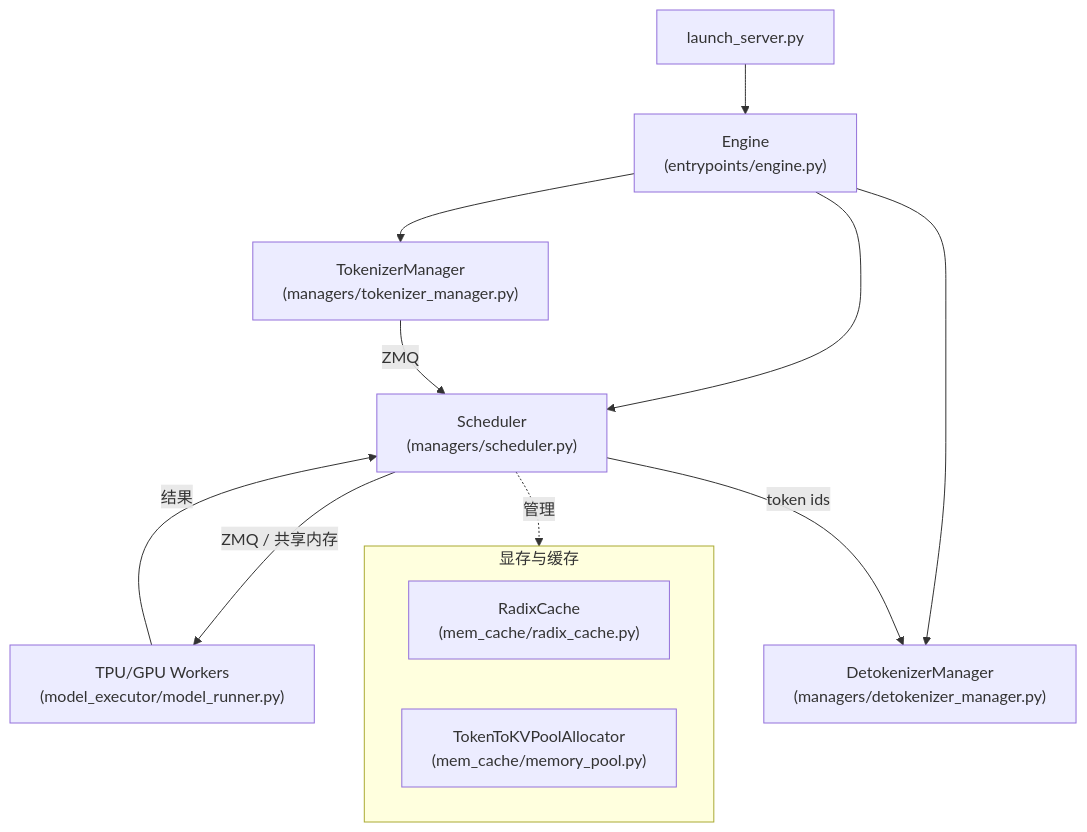
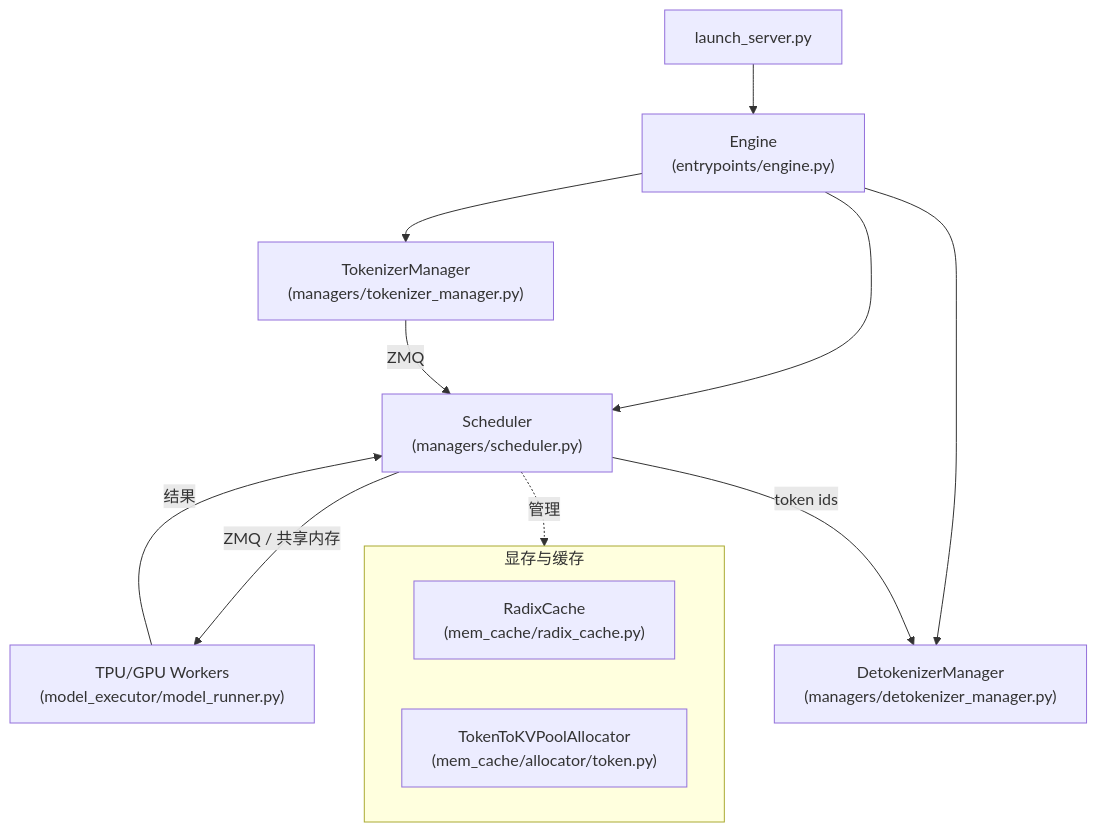
One commit to KimmoZAG/sglangReading changed the diagram in docs/architecture/directory-map.md. Above: the diagram before and after it, drawn with Mermaid. The commit also changed other lines of this file and 12 other files, not shown here.

````diff
--- a/docs/architecture/directory-map.md
+++ b/docs/architecture/directory-map.md
@@ -33,16 +33,16 @@
 ```mermaid
 graph TD
     CLI["launch_server.py"] --> Engine["Engine<br/>(entrypoints/engine.py)"]
     Engine --> TM["TokenizerManager<br/>(managers/tokenizer_manager.py)"]
     Engine --> SCH["Scheduler<br/>(managers/scheduler.py)"]
     Engine --> DTM["DetokenizerManager<br/>(managers/detokenizer_manager.py)"]
     SCH -->|"ZMQ / 共享内存"| WORKERS["TPU/GPU Workers<br/>(model_executor/model_runner.py)"]
     TM -->|"ZMQ"| SCH
     WORKERS -->|"结果"| SCH
     SCH -->|"token ids"| DTM
     subgraph MEM["显存与缓存"]
         RC["RadixCache<br/>(mem_cache/radix_cache.py)"]
-        POOL["TokenToKVPoolAllocator<br/>(mem_cache/memory_pool.py)"]
+        POOL["TokenToKVPoolAllocator<br/>(mem_cache/allocator/token.py)"]
     end
     SCH -.管理.-> MEM
 ```
````
